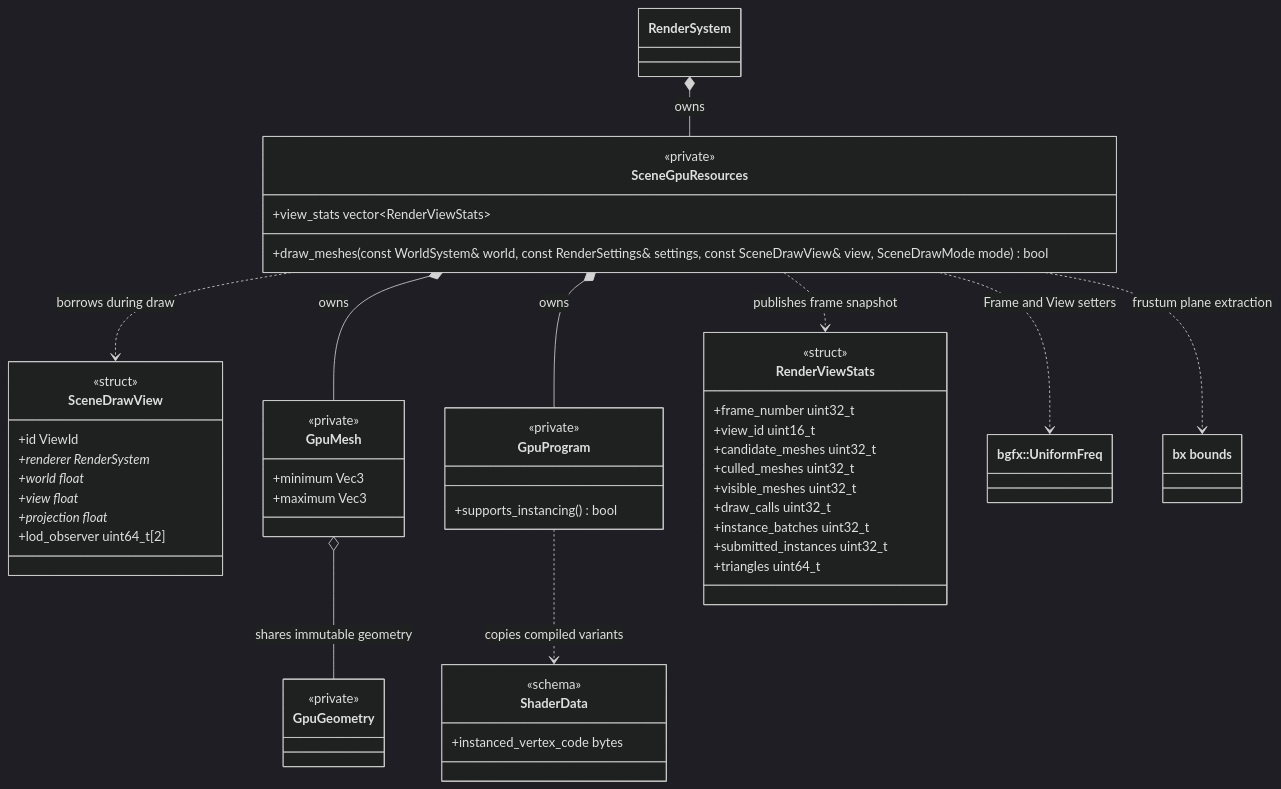
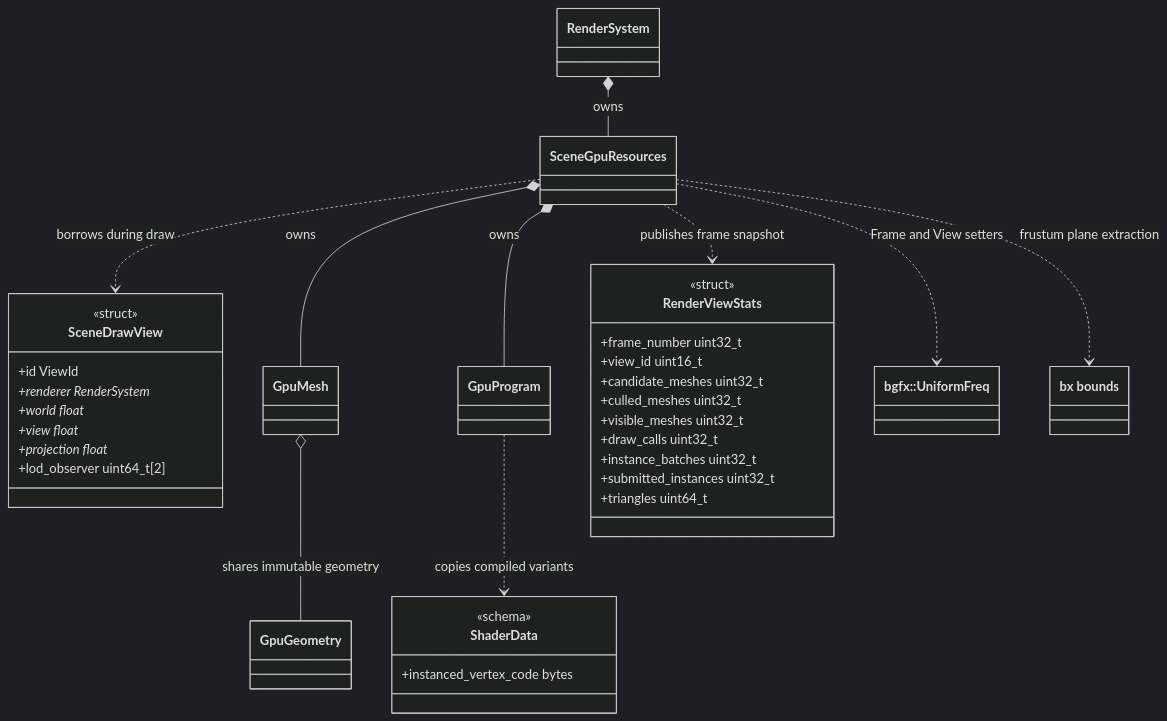
Before and after one commit to lcals/Engine: the diagram in docs/runtime/class-diagrams/render-submission.md, drawn with Mermaid (dark theme). The commit also changed other lines of this file and 244 other files, not shown here.

````diff
--- a/docs/runtime/class-diagrams/render-submission.md
+++ b/docs/runtime/class-diagrams/render-submission.md
@@ -9,58 +9,45 @@
 ```mermaid
 classDiagram
     direction TB
     class RenderSystem
-    class SceneGpuResources {
-        <<private>>
-        +draw_meshes(const WorldSystem& world, const RenderSettings& settings, const SceneDrawView& view, SceneDrawMode mode) bool
-        +view_stats vector~RenderViewStats~
-    }
+    class SceneGpuResources
     class SceneDrawView {
         <<struct>>
         +id ViewId
         +renderer RenderSystem*
         +world float*
         +view float*
         +projection float*
         +lod_observer uint64_t[2]
     }
-    class GpuMesh {
-        <<private>>
-        +minimum Vec3
-        +maximum Vec3
-    }
-    class GpuGeometry {
-        <<private>>
-    }
-    class GpuProgram {
-        <<private>>
-        +supports_instancing() bool
-    }
+    class GpuMesh
+    class GpuGeometry
+    class GpuProgram
     class ShaderData {
         <<schema>>
         +instanced_vertex_code bytes
     }
     class RenderViewStats {
         <<struct>>
         +frame_number uint32_t
         +view_id uint16_t
         +candidate_meshes uint32_t
         +culled_meshes uint32_t
         +visible_meshes uint32_t
         +draw_calls uint32_t
         +instance_batches uint32_t
         +submitted_instances uint32_t
         +triangles uint64_t
     }
     class BgfxUniformFreq["bgfx::UniformFreq"]
     class BxBounds["bx bounds"]
     RenderSystem *-- SceneGpuResources : owns
     SceneGpuResources *-- GpuMesh : owns
     SceneGpuResources *-- GpuProgram : owns
     GpuMesh o-- GpuGeometry : shares immutable geometry
     SceneGpuResources ..> SceneDrawView : borrows during draw
     SceneGpuResources ..> RenderViewStats : publishes frame snapshot
     SceneGpuResources ..> BgfxUniformFreq : Frame and View setters
     SceneGpuResources ..> BxBounds : frustum plane extraction
     GpuProgram ..> ShaderData : copies compiled variants
 ```
````
